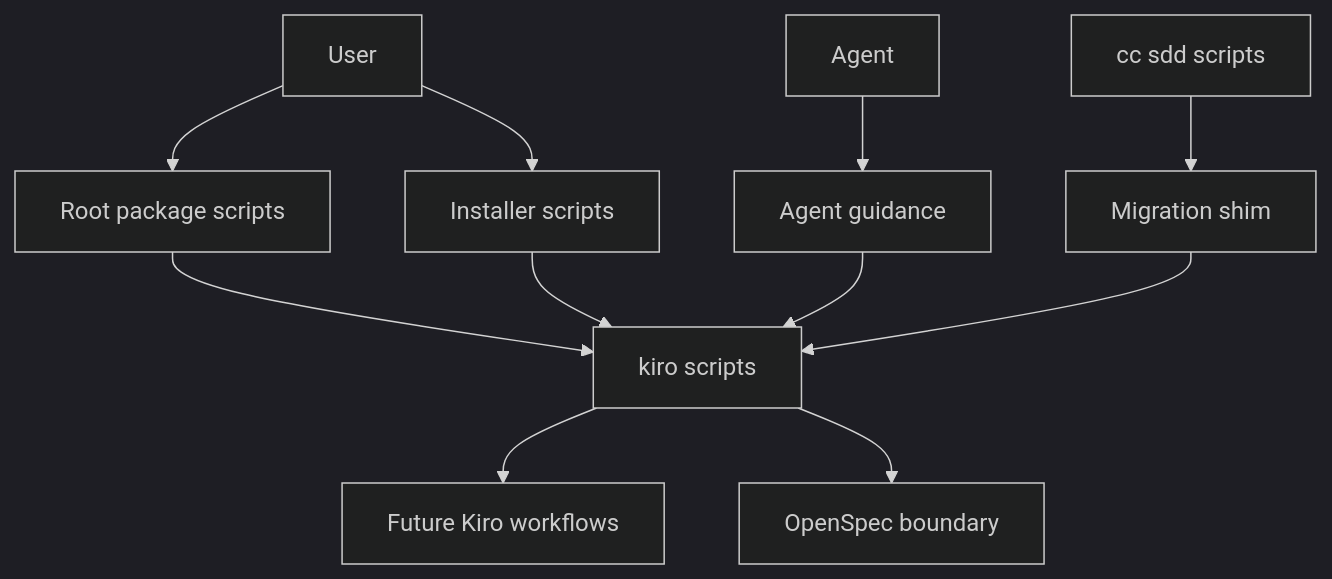
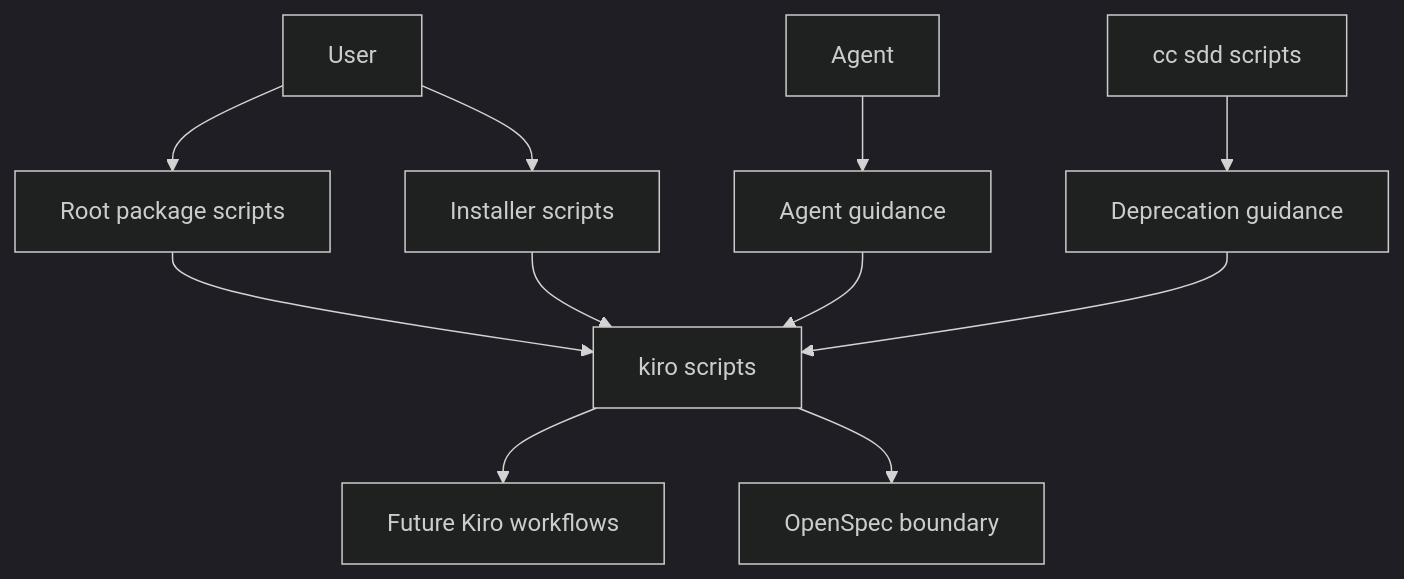
Before and after one commit to j5ik2o/takt-sdd: the first of 3 diagrams in .kiro/specs/kiro-workflow-surface/design.md, drawn with Mermaid (dark theme). The commit also changed other lines of this file and 10 other files, not shown here.

````diff
--- a/.kiro/specs/kiro-workflow-surface/design.md
+++ b/.kiro/specs/kiro-workflow-surface/design.md
@@ -71,13 +71,13 @@
 ```mermaid
 graph TB
     User[User] --> RootScripts[Root package scripts]
     User --> Installer[Installer scripts]
     Agent[Agent] --> Guidance[Agent guidance]
     RootScripts --> KiroSurface[kiro scripts]
     Installer --> KiroSurface
     Guidance --> KiroSurface
-    LegacyScripts[cc sdd scripts] --> MigrationShim[Migration shim]
-    MigrationShim --> KiroSurface
+    LegacyScripts[cc sdd scripts] --> LegacyPolicy[Deprecation guidance]
+    LegacyPolicy --> KiroSurface
     KiroSurface --> FutureWorkflows[Future Kiro workflows]
     KiroSurface --> OpsxBoundary[OpenSpec boundary]
 ```
````
